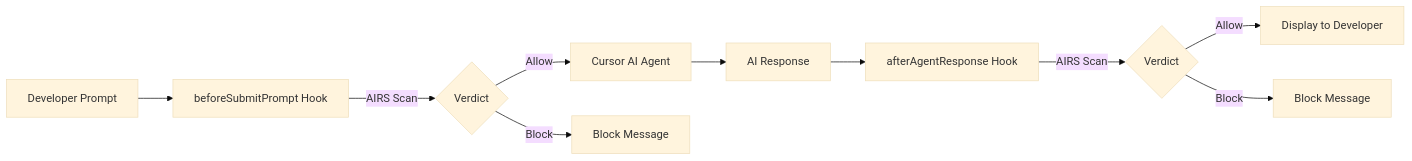
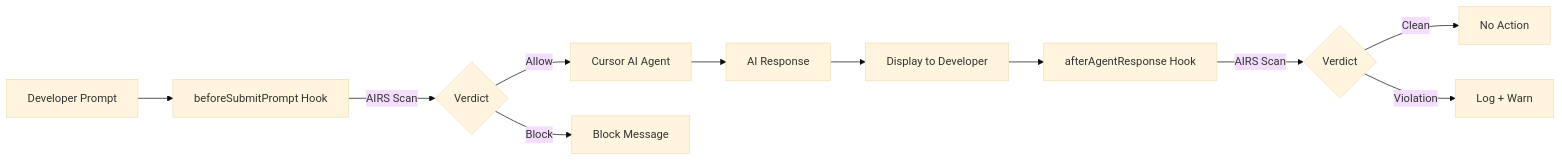
The diagram in docs/index.md (cdot65/prisma-airs-cursor-hooks), drawn with Mermaid (base theme) before and after one commit. The commit also changed other lines of this file and 10 other files, not shown here.

First line of the commit message:
fix(hooks): afterAgentResponse is observe-only, cannot block responses

````diff
--- a/docs/index.md
+++ b/docs/index.md
@@ -36,12 +36,13 @@
 ```mermaid
 flowchart LR
     A[Developer Prompt] --> B[beforeSubmitPrompt Hook]
     B -->|AIRS Scan| C{Verdict}
     C -->|Allow| D[Cursor AI Agent]
     C -->|Block| E[Block Message]
     D --> F[AI Response]
-    F --> G[afterAgentResponse Hook]
+    F --> I[Display to Developer]
+    I --> G[afterAgentResponse Hook]
     G -->|AIRS Scan| H{Verdict}
-    H -->|Allow| I[Display to Developer]
-    H -->|Block| J[Block Message]
+    H -->|Clean| K[No Action]
+    H -->|Violation| J[Log + Warn]
 ```
````
